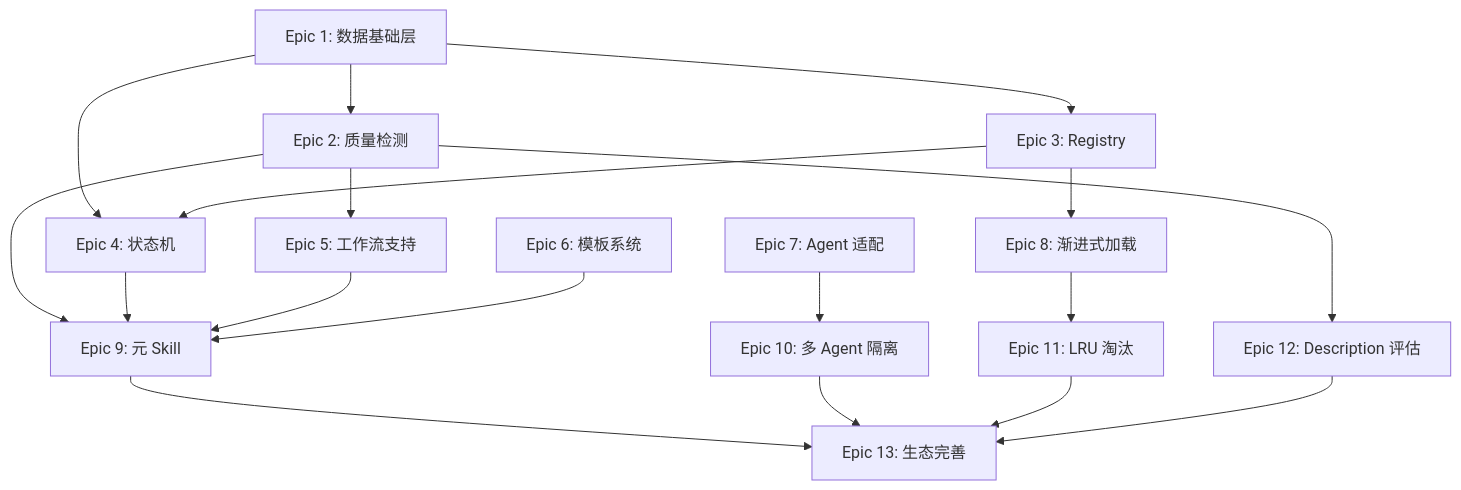
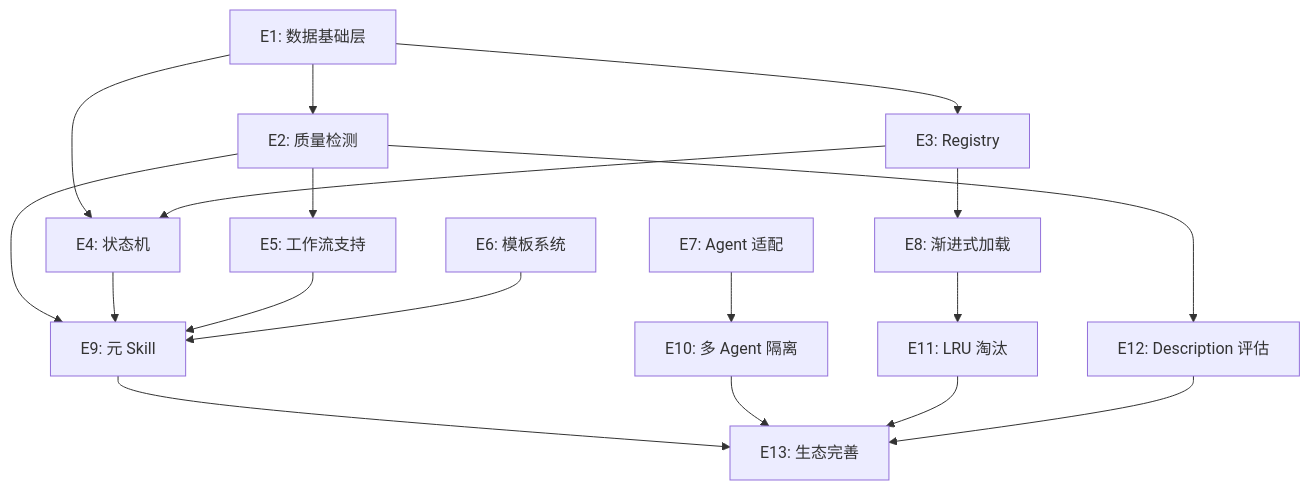
Before and after one commit to JackSmith111977/Skill-Library: the second of 2 diagrams in PROGRESS.md, drawn with Mermaid. The commit also changed other lines of this file and 20 other files, not shown here.

````diff
--- a/PROGRESS.md
+++ b/PROGRESS.md
@@ -412,20 +70,20 @@
 ```mermaid
 graph TD
-    E1[Epic 1: 数据基础层] --> E2[Epic 2: 质量检测]
-    E1 --> E3[Epic 3: Registry]
-    E1 --> E4[Epic 4: 状态机]
-    E2 --> E5[Epic 5: 工作流支持]
-    E2 --> E9[Epic 9: 元 Skill]
+    E1[E1: 数据基础层] --> E2[E2: 质量检测]
+    E1 --> E3[E3: Registry]
+    E1 --> E4[E4: 状态机]
+    E2 --> E5[E5: 工作流支持]
+    E2 --> E9[E9: 元 Skill]
     E3 --> E4
-    E3 --> E8[Epic 8: 渐进式加载]
+    E3 --> E8[E8: 渐进式加载]
     E4 --> E9
     E5 --> E9
-    E6[Epic 6: 模板系统] --> E9
-    E7[Epic 7: Agent 适配] --> E10[Epic 10: 多 Agent 隔离]
-    E8 --> E11[Epic 11: LRU 淘汰]
-    E2 --> E12[Epic 12: Description 评估]
-    E9 --> E13[Epic 13: 生态完善]
+    E6[E6: 模板系统] --> E9
+    E7[E7: Agent 适配] --> E10[E10: 多 Agent 隔离]
+    E8 --> E11[E11: LRU 淘汰]
+    E2 --> E12[E12: Description 评估]
+    E9 --> E13[E13: 生态完善]
     E10 --> E13
     E11 --> E13
     E12 --> E13
 ```
````
